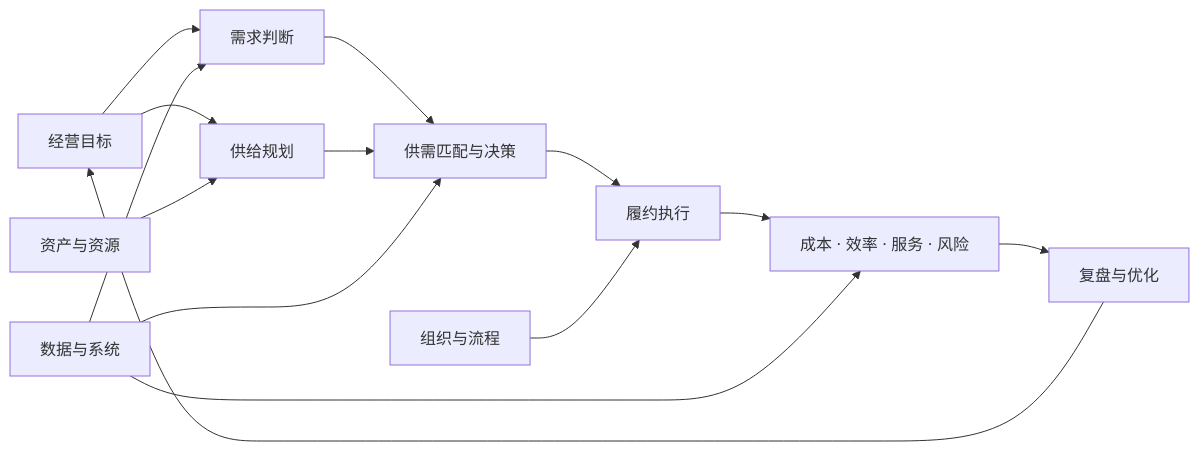
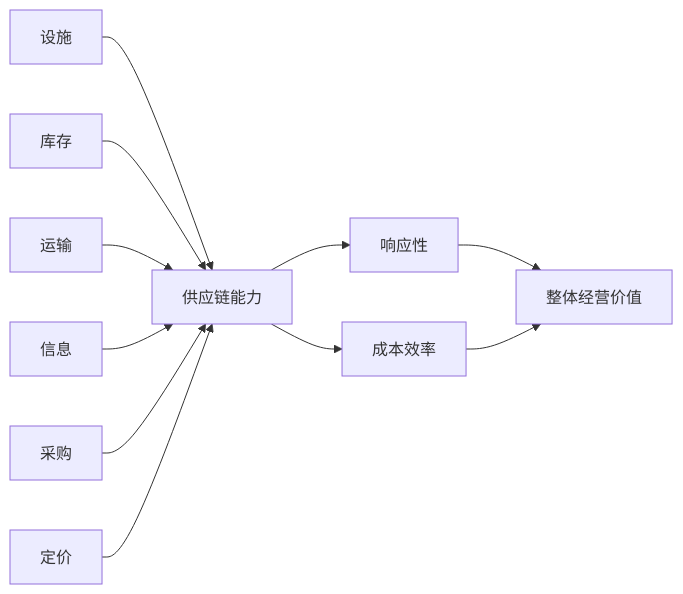
Before and after one commit to Chizheng4/robotaxi: the fourth of 10 diagrams in README.md, drawn with Mermaid. The commit also changed other lines of this file and 16 other files, not shown here.

````diff
--- a/README.md
+++ b/README.md
@@ -43,16 +87,13 @@
 ```mermaid
 flowchart LR
-  A["经营目标"] --> B["需求判断"]
-  A --> C["供给规划"]
-  B --> D["供需匹配与决策"]
-  C --> D
-  D --> E["履约执行"]
-  E --> F["成本 · 效率 · 服务 · 风险"]
-  F --> G["复盘与优化"]
-  G --> A
-  H["资产与资源"] --> C
-  I["组织与流程"] --> E
-  J["数据与系统"] --> B
-  J --> D
-  J --> F
+  A["设施"] --> G["供应链能力"]
+  B["库存"] --> G
+  C["运输"] --> G
+  D["信息"] --> G
+  E["采购"] --> G
+  F["定价"] --> G
+  G --> H["响应性"]
+  G --> I["成本效率"]
+  H --> J["整体经营价值"]
+  I --> J
 ```
````
